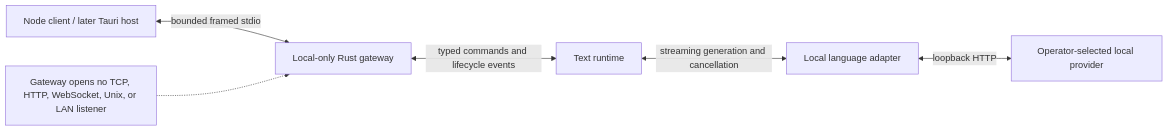
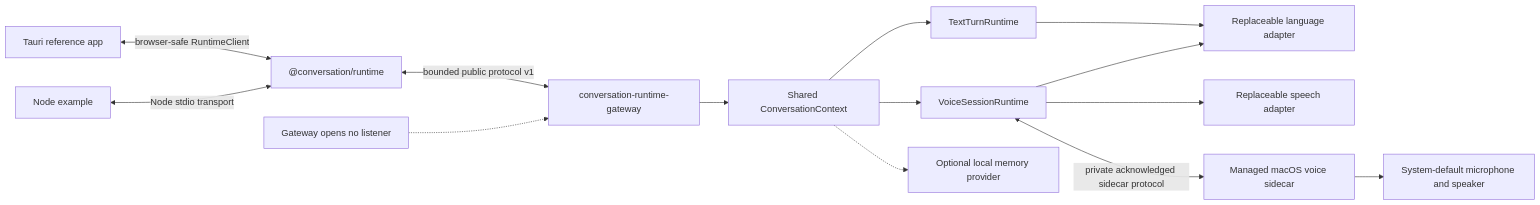
Before and after one commit to xiongxhc/conversation-runtime-sdk: the first of 4 diagrams in docs/architecture.md, drawn with Mermaid. The commit also changed other lines of this file and 10 other files, not shown here.

Commit message:
fix(r6): close desktop voice acceptance gaps

````diff
--- a/docs/architecture.md
+++ b/docs/architecture.md
@@ -24,8 +25,16 @@
 ```mermaid
 flowchart LR
-    Client["Node client / later Tauri host"] <-->|"bounded framed stdio"| Gateway["Local-only Rust gateway"]
-    Gateway <-->|"typed commands and lifecycle events"| Runtime["Text runtime"]
-    Runtime <-->|"streaming generation and cancellation"| Adapter["Local language adapter"]
-    Adapter <-->|"loopback HTTP"| Provider["Operator-selected local provider"]
-    NoListener["Gateway opens no TCP, HTTP, WebSocket, Unix, or LAN listener"] -.-> Gateway
+    Desktop["Tauri reference app"] <-->|"browser-safe RuntimeClient"| SDK["@conversation/runtime"]
+    Node["Node example"] <-->|"Node stdio transport"| SDK
+    SDK <-->|"bounded public protocol v1"| Gateway["conversation-runtime-gateway"]
+    Gateway --> Context["Shared ConversationContext"]
+    Context --> Text["TextTurnRuntime"]
+    Context --> Voice["VoiceSessionRuntime"]
+    Context -.-> Memory["Optional local memory provider"]
+    Text --> LLM["Replaceable language adapter"]
+    Voice --> LLM
+    Voice --> TTS["Replaceable speech adapter"]
+    Voice <-->|"private acknowledged sidecar protocol"| Sidecar["Managed macOS voice sidecar"]
+    Sidecar --> Devices["System-default microphone and speaker"]
+    NoListener["Gateway opens no listener"] -.-> Gateway
 ```
````
